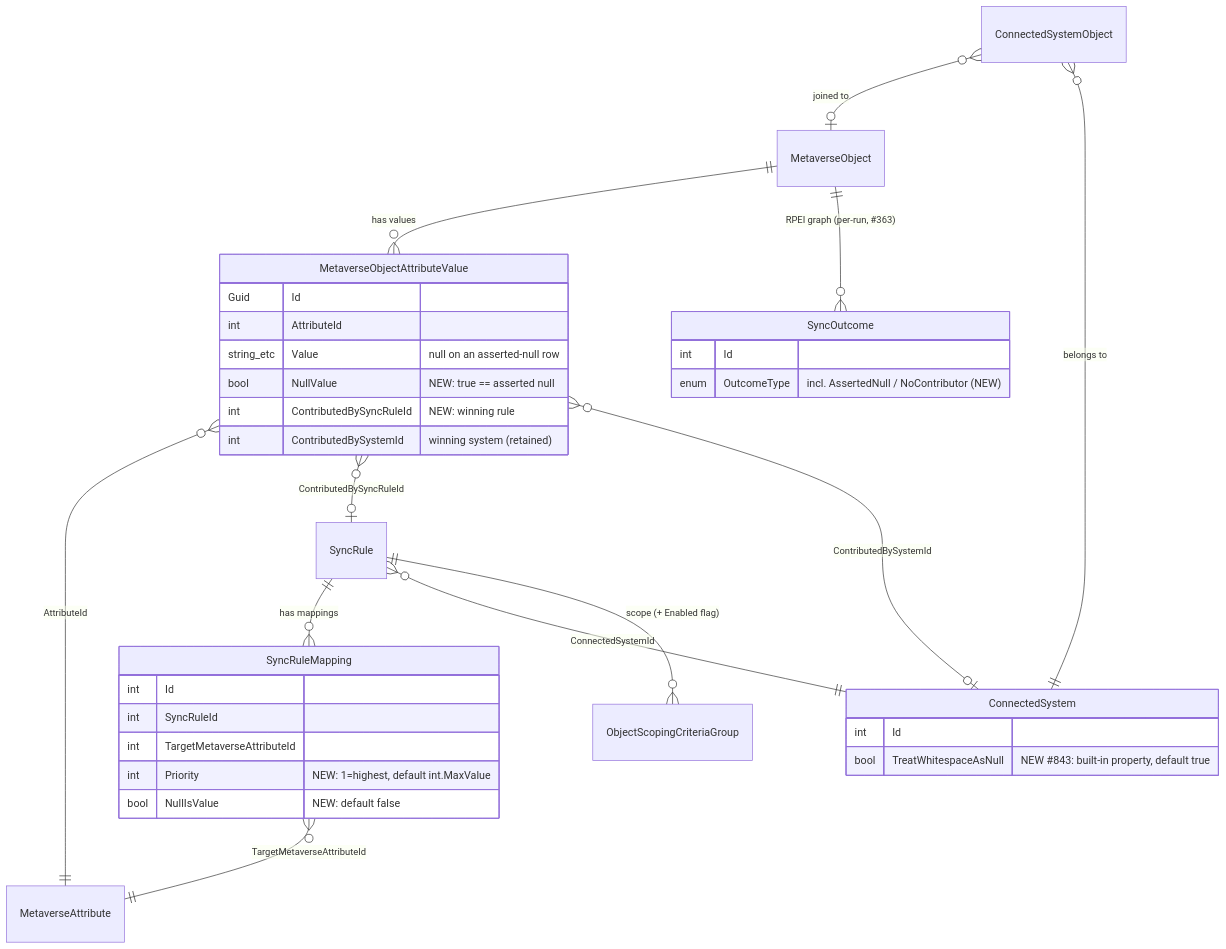
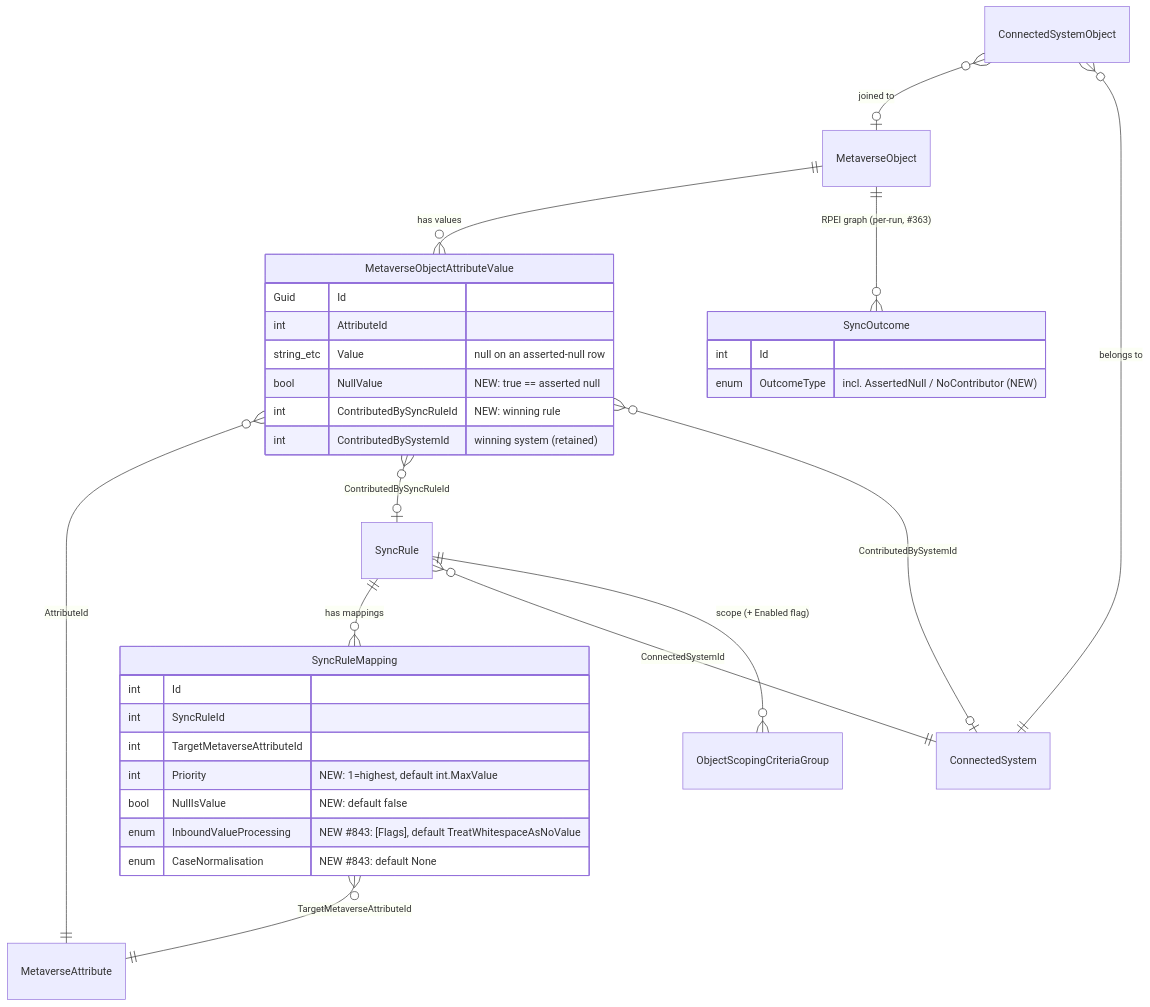
One commit to TetronIO/JIM changed the diagram in engineering/plans/doing/ATTRIBUTE_PRIORITY.md. Above: the diagram before and after it, drawn with Mermaid. The commit also changed other lines of this file and 26 other files, not shown here.

````diff
--- a/engineering/plans/doing/ATTRIBUTE_PRIORITY.md
+++ b/engineering/plans/doing/ATTRIBUTE_PRIORITY.md
@@ -370,40 +370,38 @@
 ```mermaid
 erDiagram
     SyncRule ||--o{ SyncRuleMapping : "has mappings"
     SyncRule }o--|| ConnectedSystem : "ConnectedSystemId"
     SyncRule ||--o{ ObjectScopingCriteriaGroup : "scope (+ Enabled flag)"
     SyncRuleMapping }o--|| MetaverseAttribute : "TargetMetaverseAttributeId"
 
     MetaverseObject ||--o{ MetaverseObjectAttributeValue : "has values"
     MetaverseObjectAttributeValue }o--|| MetaverseAttribute : "AttributeId"
     MetaverseObjectAttributeValue }o--o| SyncRule : "ContributedBySyncRuleId"
     MetaverseObjectAttributeValue }o--o| ConnectedSystem : "ContributedBySystemId"
     ConnectedSystemObject }o--o| MetaverseObject : "joined to"
     ConnectedSystemObject }o--|| ConnectedSystem : "belongs to"
 
     MetaverseObject ||--o{ SyncOutcome : "RPEI graph (per-run, #363)"
 
     SyncRuleMapping {
         int Id
         int SyncRuleId
         int TargetMetaverseAttributeId
         int Priority "NEW: 1=highest, default int.MaxValue"
         bool NullIsValue "NEW: default false"
+        enum InboundValueProcessing "NEW #843: [Flags], default TreatWhitespaceAsNoValue"
+        enum CaseNormalisation "NEW #843: default None"
     }
     MetaverseObjectAttributeValue {
         Guid Id
         int AttributeId
         string_etc Value "null on an asserted-null row"
         bool NullValue "NEW: true == asserted null"
         int ContributedBySyncRuleId "NEW: winning rule"
         int ContributedBySystemId "winning system (retained)"
     }
-    ConnectedSystem {
-        int Id
-        bool TreatWhitespaceAsNull "NEW #843: built-in property, default true"
-    }
     SyncOutcome {
         int Id
         enum OutcomeType "incl. AssertedNull / NoContributor (NEW)"
     }
 ```
````
